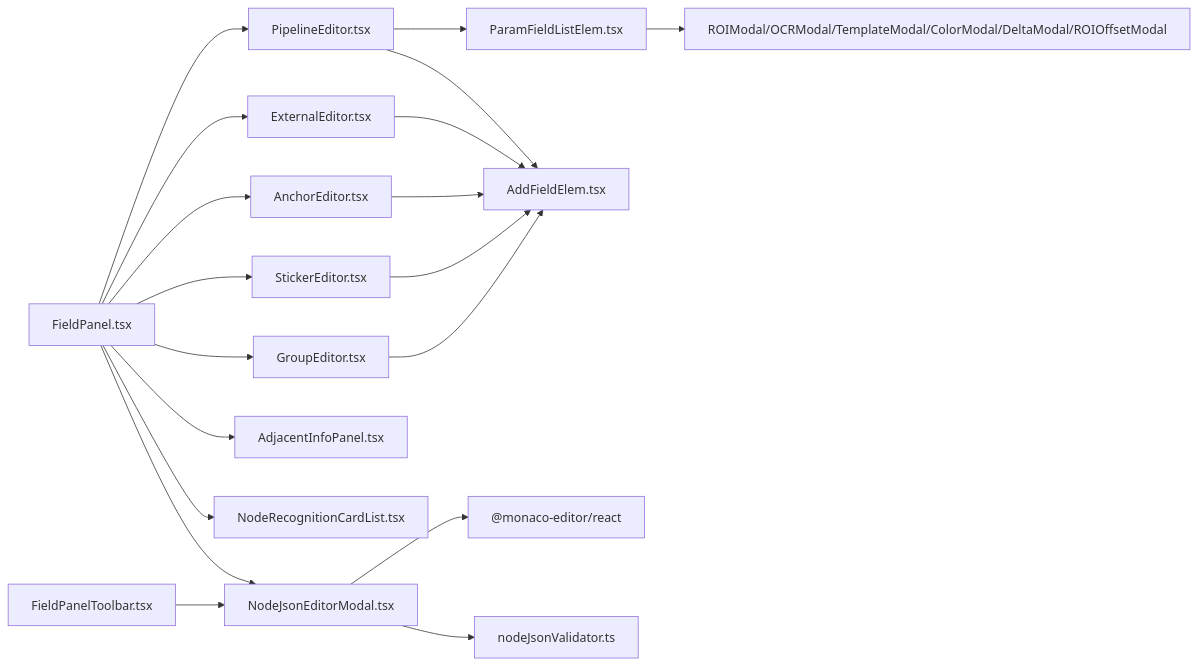
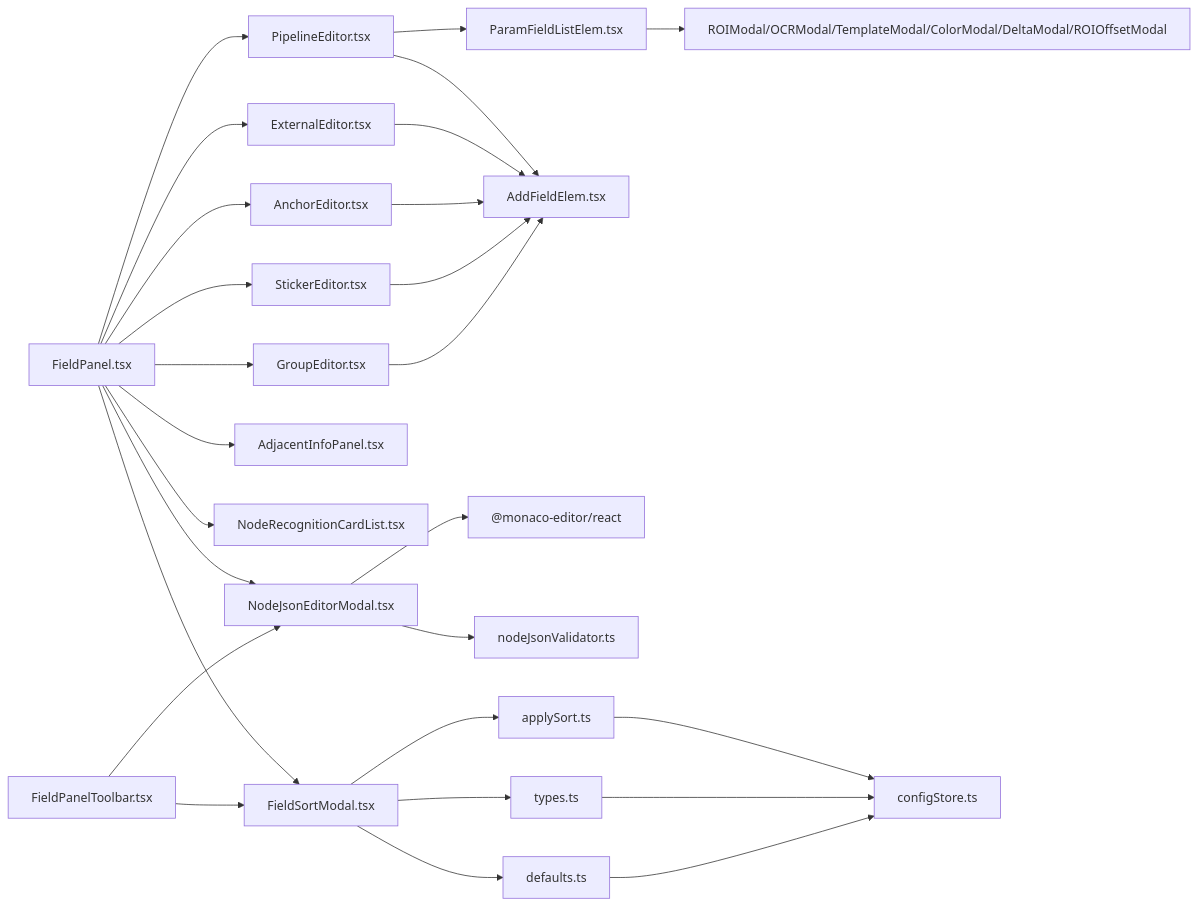
The tenth of 10 diagrams in .qoder/repowiki/zh/content/用户界面/面板系统/字段面板.md (kqcoxn/MaaPipelineEditor), drawn with Mermaid before and after one commit. The commit also changed other lines of this file and 22 other files, not shown here.

````diff
--- a/.qoder/repowiki/zh/content/用户界面/面板系统/字段面板.md
+++ b/.qoder/repowiki/zh/content/用户界面/面板系统/字段面板.md
@@ -389,21 +545,29 @@
 ```mermaid
 graph LR
 FP["FieldPanel.tsx"] --> PE["PipelineEditor.tsx"]
 FP --> EE["ExternalEditor.tsx"]
 FP --> AE2["AnchorEditor.tsx"]
 FP --> SE["StickerEditor.tsx"]
 FP --> GE["GroupEditor.tsx"]
 FP --> Adj["AdjacentInfoPanel.tsx"]
 FP --> NRCL["NodeRecognitionCardList.tsx"]
 FP --> JSONModal["NodeJsonEditorModal.tsx"]
+FP --> FSModal["FieldSortModal.tsx"]
 TBar["FieldPanelToolbar.tsx"] --> JSONModal
+TBar --> FSModal
 PE --> PFLE["ParamFieldListElem.tsx"]
 PE --> AE["AddFieldElem.tsx"]
 EE --> AE
 AE2 --> AE
 SE --> AE
 GE --> AE
 PFLE --> Modals["ROIModal/OCRModal/TemplateModal/ColorModal/DeltaModal/ROIOffsetModal"]
 JSONModal --> Monaco["@monaco-editor/react"]
 JSONModal --> Validator["nodeJsonValidator.ts"]
+FSModal --> SortCore["applySort.ts"]
+FSModal --> SortTypes["types.ts"]
+FSModal --> SortDefaults["defaults.ts"]
+SortCore --> ConfigStore["configStore.ts"]
+SortTypes --> ConfigStore
+SortDefaults --> ConfigStore
 ```
````
